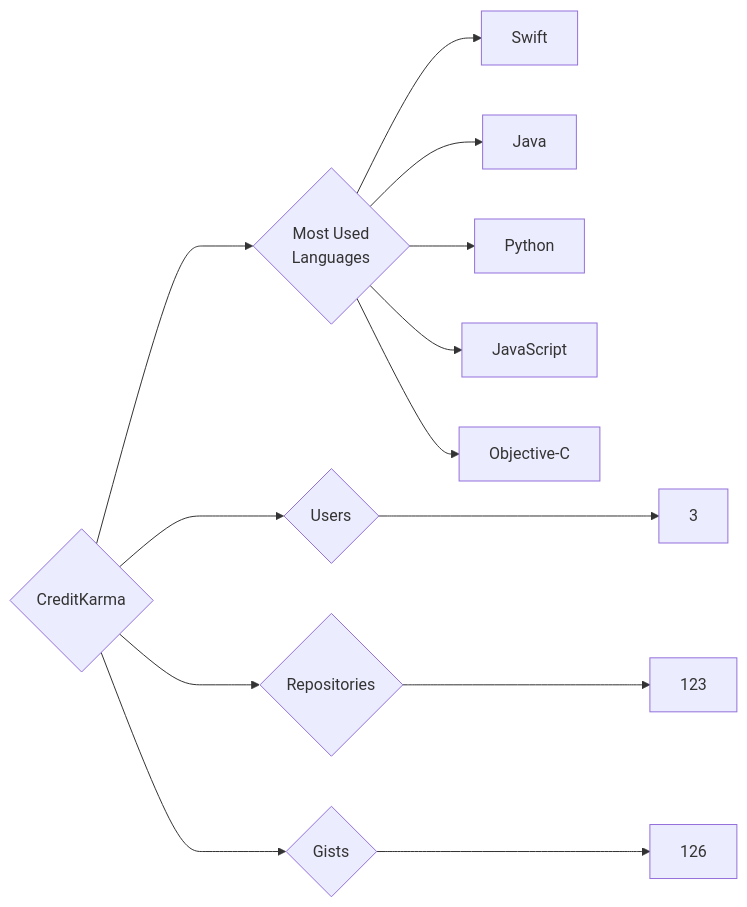
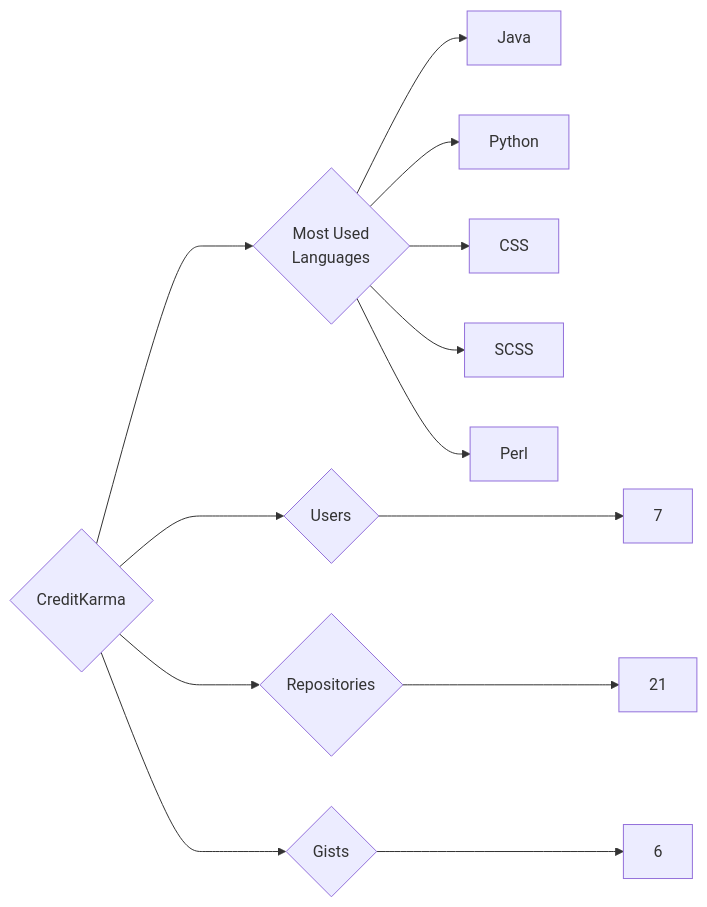
One commit to trickest/insiders changed the diagram in targets/CreditKarma/README.md. Above: the diagram before and after it, drawn with Mermaid. The commit also changed 1212 other files, not shown here.

````diff
--- a/targets/CreditKarma/README.md
+++ b/targets/CreditKarma/README.md
@@ -3,13 +3,13 @@
 ```mermaid
 graph LR
 COMPANY_NAME{CreditKarma}
-COMPANY_NAME ---> U{Users} ---> UN[3]
-COMPANY_NAME ---> R{Repositories} ---> RN[123]
-COMPANY_NAME ---> G{Gists} ---> GN[126]
+COMPANY_NAME ---> U{Users} ---> UN[7]
+COMPANY_NAME ---> R{Repositories} ---> RN[21]
+COMPANY_NAME ---> G{Gists} ---> GN[6]
 COMPANY_NAME ---> ML{Most Used<br>Languages}
-ML --> Swift[Swift]
 ML --> Java[Java]
 ML --> Python[Python]
-ML --> JavaScript[JavaScript]
-ML --> Objective-C[Objective-C]
+ML --> CSS[CSS]
+ML --> SCSS[SCSS]
+ML --> Perl[Perl]
 ```
````
